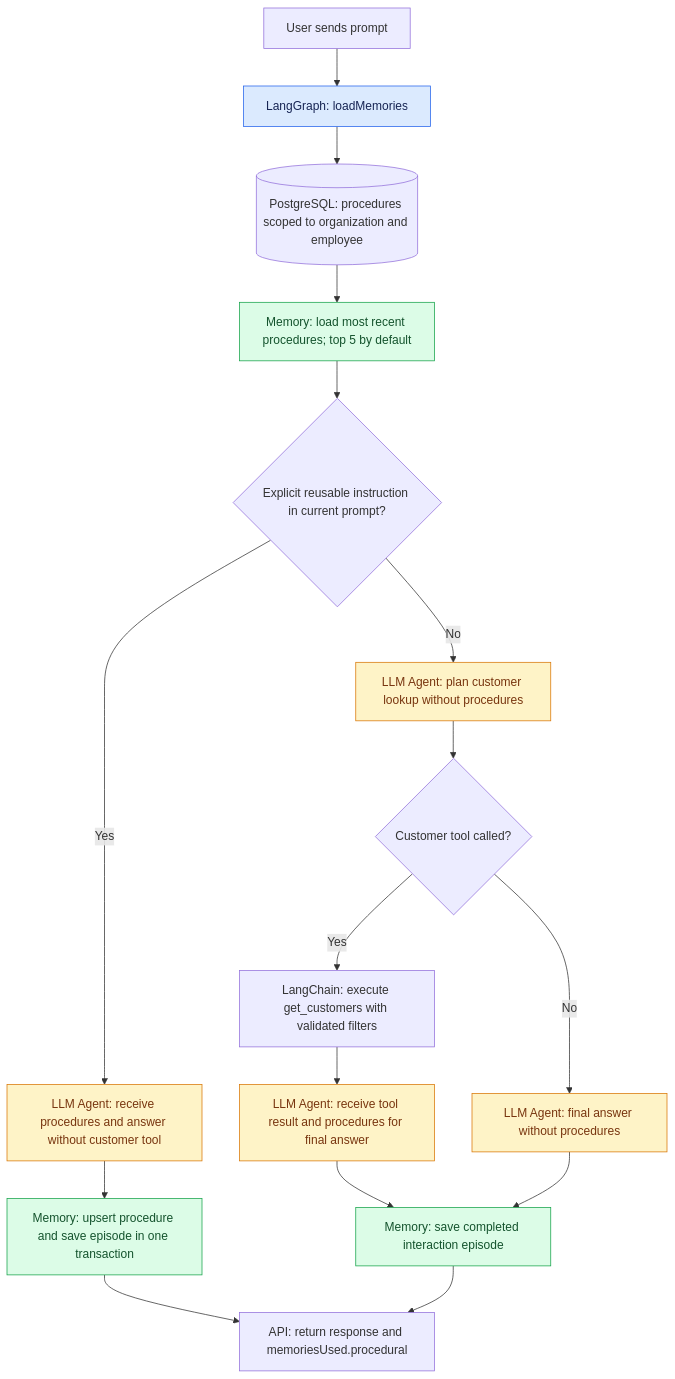
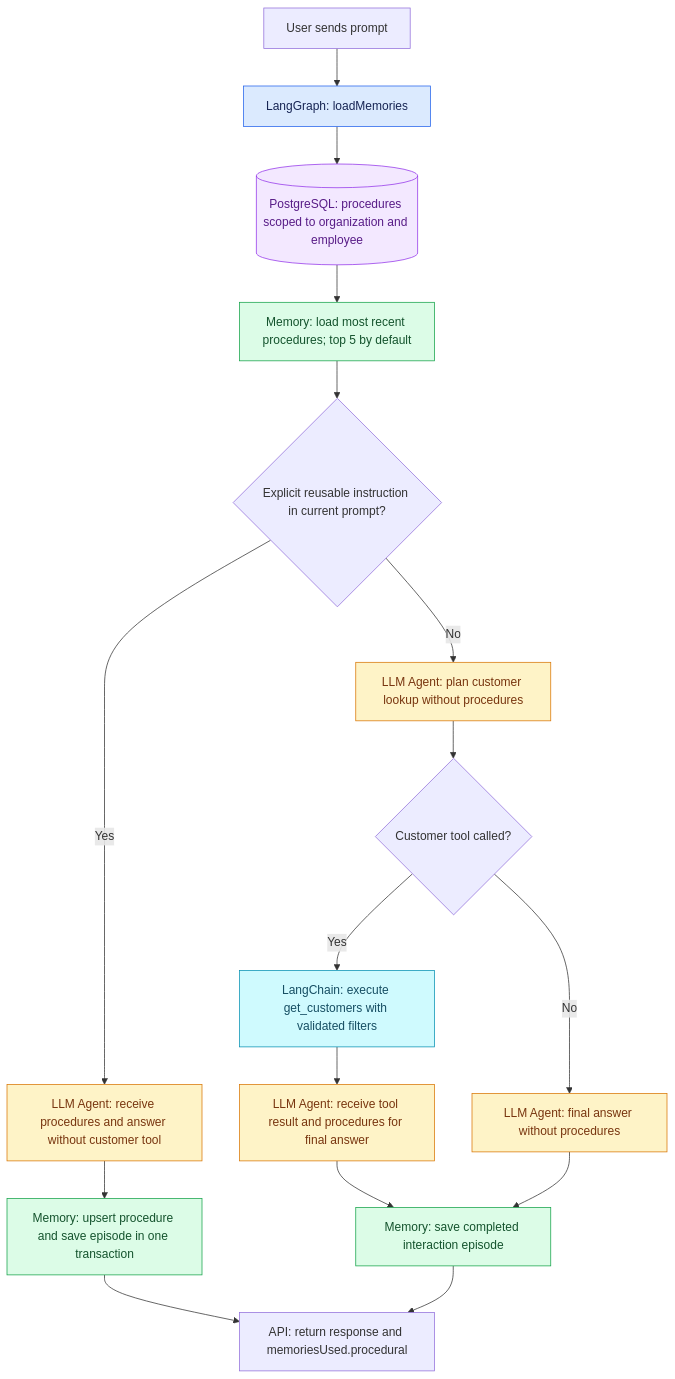
Before and after one commit to kamran186/langchain: the third of 3 diagrams in docs/memory-search-flowcharts.md, drawn with Mermaid. The commit also changed other lines of this file and 3 other files, not shown here.

Commit message:
docs: add PNG exports of memory flowcharts

````diff
--- a/docs/memory-search-flowcharts.md
+++ b/docs/memory-search-flowcharts.md
@@ -65,24 +79,28 @@
 ```mermaid
 flowchart TD
     userPrompt["User sends prompt"] --> loadNode["LangGraph: loadMemories"]
     loadNode --> procedureDb[("PostgreSQL: procedures scoped to organization and employee")]
     procedureDb --> recentProcedures["Memory: load most recent procedures; top 5 by default"]
     recentProcedures --> instructionOnly{"Explicit reusable instruction in current prompt?"}
     instructionOnly -- Yes --> instructionAgent["LLM Agent: receive procedures and answer without customer tool"]
     instructionAgent --> upsertProcedure["Memory: upsert procedure and save episode in one transaction"]
     instructionOnly -- No --> lookupAgent["LLM Agent: plan customer lookup without procedures"]
     lookupAgent --> needsTool{"Customer tool called?"}
     needsTool -- Yes --> customerTool["LangChain: execute get_customers with validated filters"]
     customerTool --> resultAgent["LLM Agent: receive tool result and procedures for final answer"]
     needsTool -- No --> noProcedureAgent["LLM Agent: final answer without procedures"]
     resultAgent --> saveEpisode["Memory: save completed interaction episode"]
     noProcedureAgent --> saveEpisode
     upsertProcedure --> procedureResponse
     saveEpisode --> procedureResponse["API: return response and memoriesUsed.procedural"]
     classDef graphNode fill:#dbeafe,stroke:#2563eb,color:#172554
     classDef memoryNode fill:#dcfce7,stroke:#16a34a,color:#14532d
+    classDef chainNode fill:#cffafe,stroke:#0891b2,color:#164e63
     classDef agentNode fill:#fef3c7,stroke:#d97706,color:#78350f
+    classDef dataNode fill:#f3e8ff,stroke:#9333ea,color:#581c87
     class loadNode graphNode
     class recentProcedures,upsertProcedure,saveEpisode memoryNode
+    class customerTool chainNode
     class instructionAgent,lookupAgent,resultAgent,noProcedureAgent agentNode
+    class procedureDb dataNode
 ```
````
